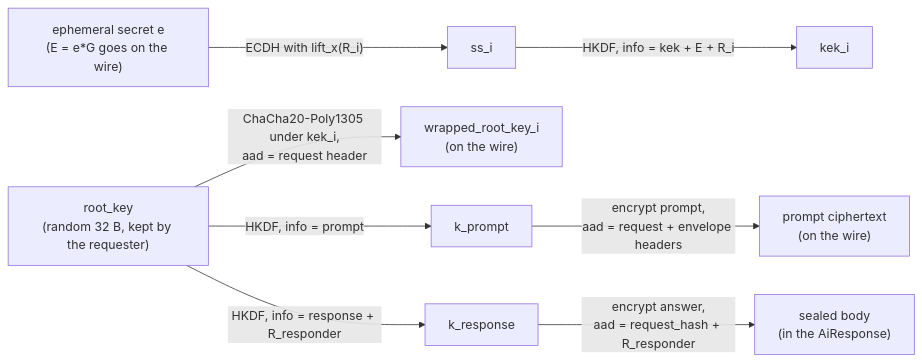
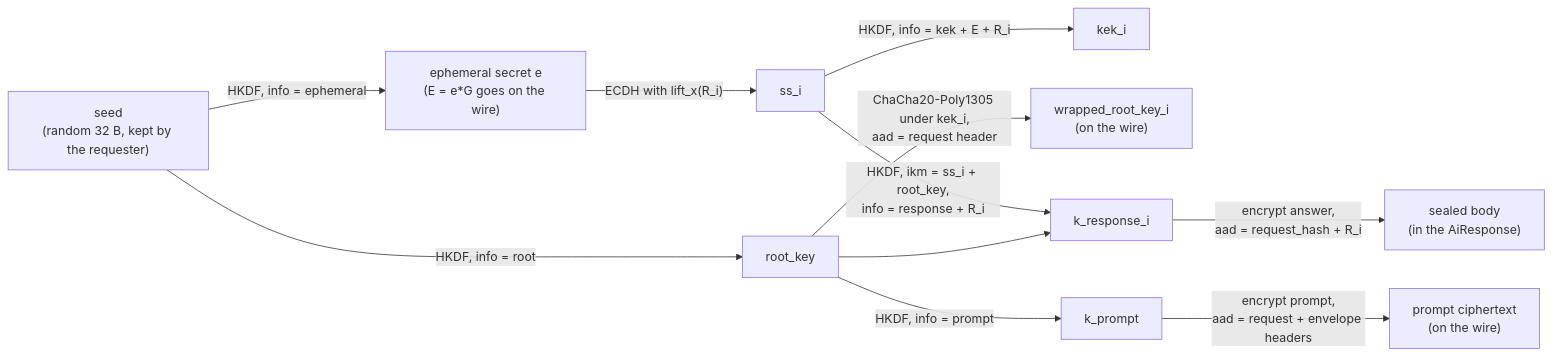
One commit to Keryx-Labs/keryx-node changed the second of 2 diagrams in docs/private-inference.md. Above: the diagram before and after it, drawn with Mermaid. The commit also changed other lines of this file and 3 other files, not shown here.

First line of the commit message:
fix(inference): bind each private response key to its responder's ECDH secret

````diff
--- a/docs/private-inference.md
+++ b/docs/private-inference.md
@@ -109,10 +116,13 @@
 ```mermaid
 flowchart LR
-    e["ephemeral secret e<br/>(E = e*G goes on the wire)"] -->|"ECDH with lift_x(R_i)"| ss["ss_i"]
+    seed["seed<br/>(random 32 B, kept by the requester)"] -->|"HKDF, info = ephemeral"| e["ephemeral secret e<br/>(E = e*G goes on the wire)"]
+    seed -->|"HKDF, info = root"| root["root_key"]
+    e -->|"ECDH with lift_x(R_i)"| ss["ss_i"]
     ss -->|"HKDF, info = kek + E + R_i"| kek["kek_i"]
-    root["root_key<br/>(random 32 B, kept by the requester)"] -->|"ChaCha20-Poly1305 under kek_i,<br/>aad = request header"| wrapped["wrapped_root_key_i<br/>(on the wire)"]
+    root -->|"ChaCha20-Poly1305 under kek_i,<br/>aad = request header"| wrapped["wrapped_root_key_i<br/>(on the wire)"]
     root -->|"HKDF, info = prompt"| kp["k_prompt"]
     kp -->|"encrypt prompt,<br/>aad = request + envelope headers"| ct["prompt ciphertext<br/>(on the wire)"]
-    root -->|"HKDF, info = response + R_responder"| kr["k_response"]
-    kr -->|"encrypt answer,<br/>aad = request_hash + R_responder"| body["sealed body<br/>(in the AiResponse)"]
+    ss -->|"HKDF, ikm = ss_i + root_key,<br/>info = response + R_i"| kr["k_response_i"]
+    root --> kr
+    kr -->|"encrypt answer,<br/>aad = request_hash + R_i"| body["sealed body<br/>(in the AiResponse)"]
 ```
````
